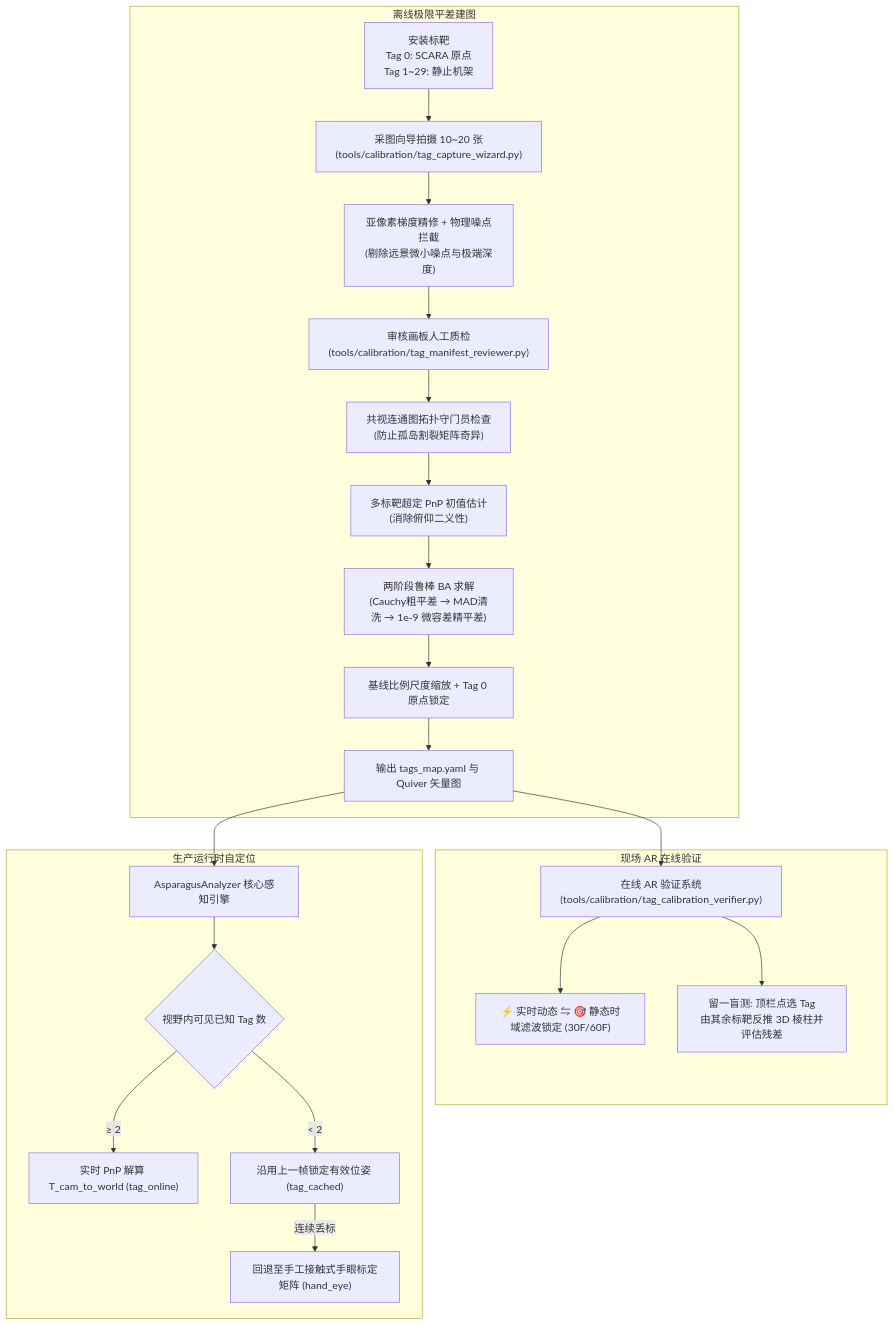
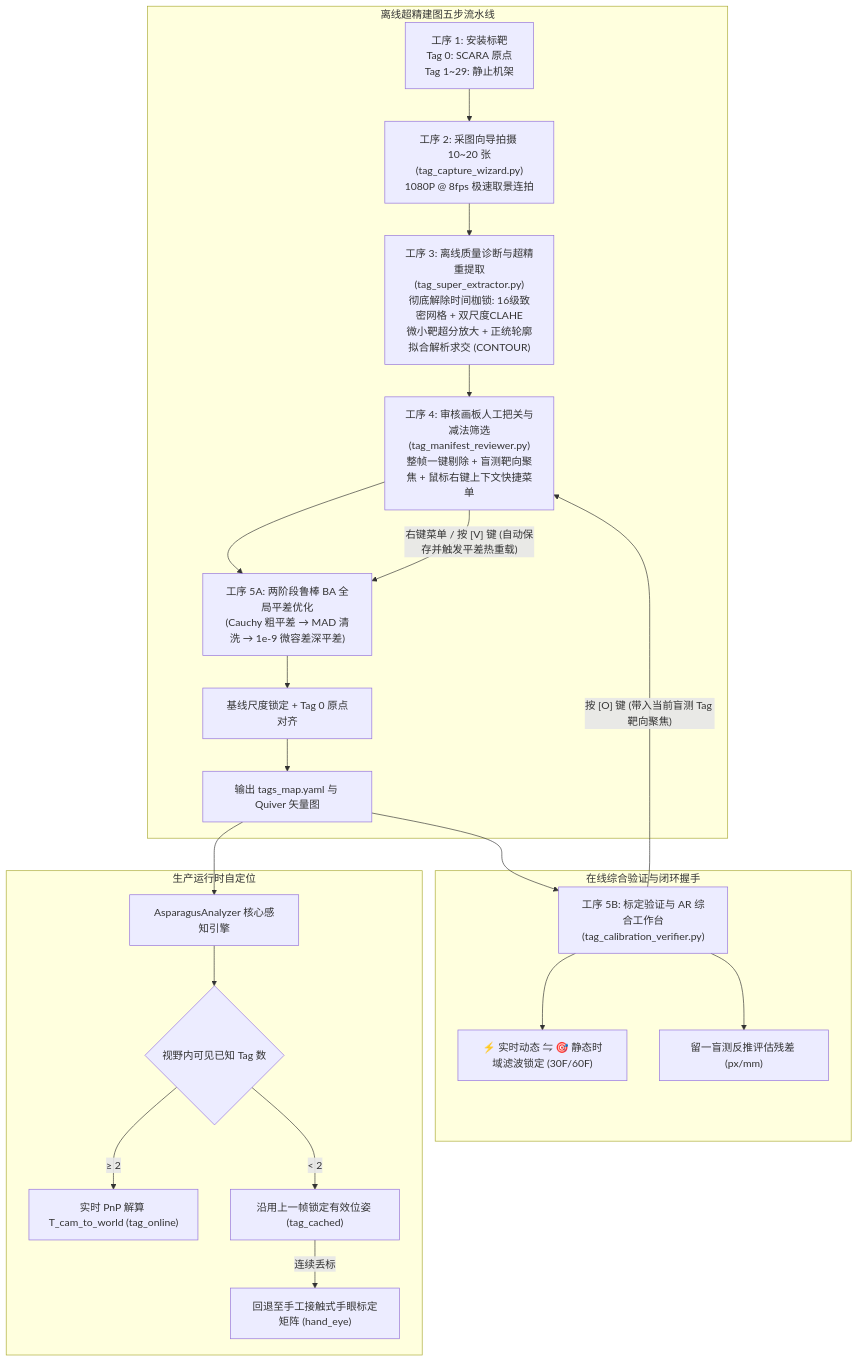
The diagram in docs/apriltag_calibration.md (voicevon/flux_vision_3d), drawn with Mermaid before and after one commit. The commit also changed other lines of this file and 12 other files, not shown here.

````diff
--- a/docs/apriltag_calibration.md
+++ b/docs/apriltag_calibration.md
@@ -101,27 +103,27 @@
 ```mermaid
 graph TD
-    subgraph 离线极限平差建图
-        A["安装标靶<br>Tag 0: SCARA 原点<br>Tag 1~29: 静止机架"] --> B["采图向导拍摄 10~20 张<br>(tools/calibration/tag_capture_wizard.py)"]
-        B --> C["亚像素梯度精修 + 物理噪点拦截<br>(剔除远景微小噪点与极端深度)"]
-        C --> D["审核画板人工质检<br>(tools/calibration/tag_manifest_reviewer.py)"]
-        D --> E["共视连通图拓扑守门员检查<br>(防止孤岛割裂矩阵奇异)"]
-        E --> F["多标靶超定 PnP 初值估计<br>(消除俯仰二义性)"]
-        F --> G["两阶段鲁棒 BA 求解<br>(Cauchy粗平差 → MAD清洗 → 1e-9 微容差精平差)"]
-        G --> H["基线比例尺度缩放 + Tag 0 原点锁定"]
-        H --> I["输出 tags_map.yaml 与 Quiver 矢量图"]
+    subgraph 离线超精建图五步流水线
+        A["工序 1: 安装标靶<br>Tag 0: SCARA 原点<br>Tag 1~29: 静止机架"] --> B["工序 2: 采图向导拍摄 10~20 张<br>(tag_capture_wizard.py)<br>1080P @ 8fps 极速取景连拍"]
+        B --> C["工序 3: 离线质量诊断与超精重提取<br>(tag_super_extractor.py)<br>彻底解除时间枷锁: 16级致密网格 + 双尺度CLAHE<br>微小靶超分放大 + 正统轮廓拟合解析求交 (CONTOUR)"]
+        C --> D["工序 4: 审核画板人工把关与减法筛选<br>(tag_manifest_reviewer.py)<br>整帧一键剔除 + 盲测靶向聚焦 + 鼠标右键上下文快捷菜单"]
+        D --> E["工序 5A: 两阶段鲁棒 BA 全局平差优化<br>(Cauchy 粗平差 → MAD 清洗 → 1e-9 微容差深平差)"]
+        E --> F["基线尺度锁定 + Tag 0 原点对齐"]
+        F --> G["输出 tags_map.yaml 与 Quiver 矢量图"]
     end
 
-    subgraph 现场 AR 在线验证
-        I --> J["在线 AR 验证系统<br>(tools/calibration/tag_calibration_verifier.py)"]
-        J --> K["⚡ 实时动态 ⇋ 🎯 静态时域滤波锁定 (30F/60F)"]
-        J --> L["留一盲测: 顶栏点选 Tag<br>由其余标靶反推 3D 棱柱并评估残差"]
+    subgraph 在线综合验证与闭环握手
+        G --> H["工序 5B: 标定验证与 AR 综合工作台<br>(tag_calibration_verifier.py)"]
+        H --> I["⚡ 实时动态 ⇋ 🎯 静态时域滤波锁定 (30F/60F)"]
+        H --> J["留一盲测反推评估残差 (px/mm)"]
+        H -- "按 [O] 键 (带入当前盲测 Tag 靶向聚焦)" --> D
+        D -- "右键菜单 / 按 [V] 键 (自动保存并触发平差热重载)" --> E
     end
 
     subgraph 生产运行时自定位
-        I --> M["AsparagusAnalyzer 核心感知引擎"]
+        G --> M["AsparagusAnalyzer 核心感知引擎"]
         M --> N{"视野内可见已知 Tag 数"}
         N -- "≥ 2" --> O["实时 PnP 解算 T_cam_to_world (tag_online)"]
         N -- "< 2" --> P["沿用上一帧锁定有效位姿 (tag_cached)"]
         P -- "连续丢标" --> Q["回退至手工接触式手眼标定矩阵 (hand_eye)"]
     end
 ```
````
